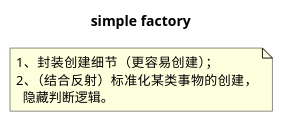
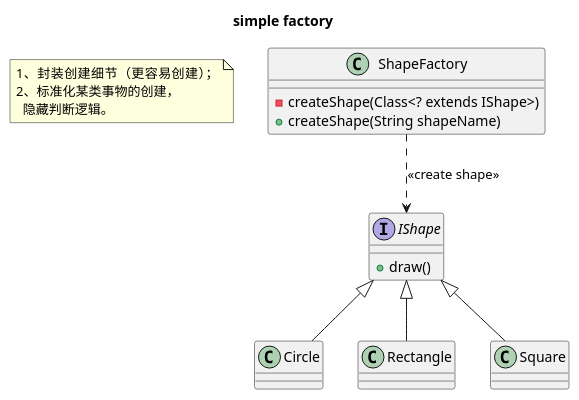
The diagram in src/pers/xf/learn/designpattern/simplefactory/simplefactory.puml (orrest/Learn), drawn with PlantUML before and after one commit. The commit also changed 5 other files, not shown here.

```diff
--- a/src/pers/xf/learn/designpattern/simplefactory/simplefactory.puml
+++ b/src/pers/xf/learn/designpattern/simplefactory/simplefactory.puml
@@ -1,12 +1,30 @@
 @startuml
 title simple factory
 
 note as N1
 1、封装创建细节（更容易创建）；
-2、（结合反射）标准化某类事物的创建，
+2、标准化某类事物的创建，
   隐藏判断逻辑。
 end note
 
+interface IShape{
+    + draw()
+}
 
+class Circle extends IShape{
+}
+
+class Rectangle extends IShape{
+}
+
+class Square extends IShape{
+}
+
+class ShapeFactory{
+    - createShape(Class<? extends IShape>)
+    + createShape(String shapeName)
+}
+
+ShapeFactory ..> IShape: <<create shape>>
 
 @enduml
```
